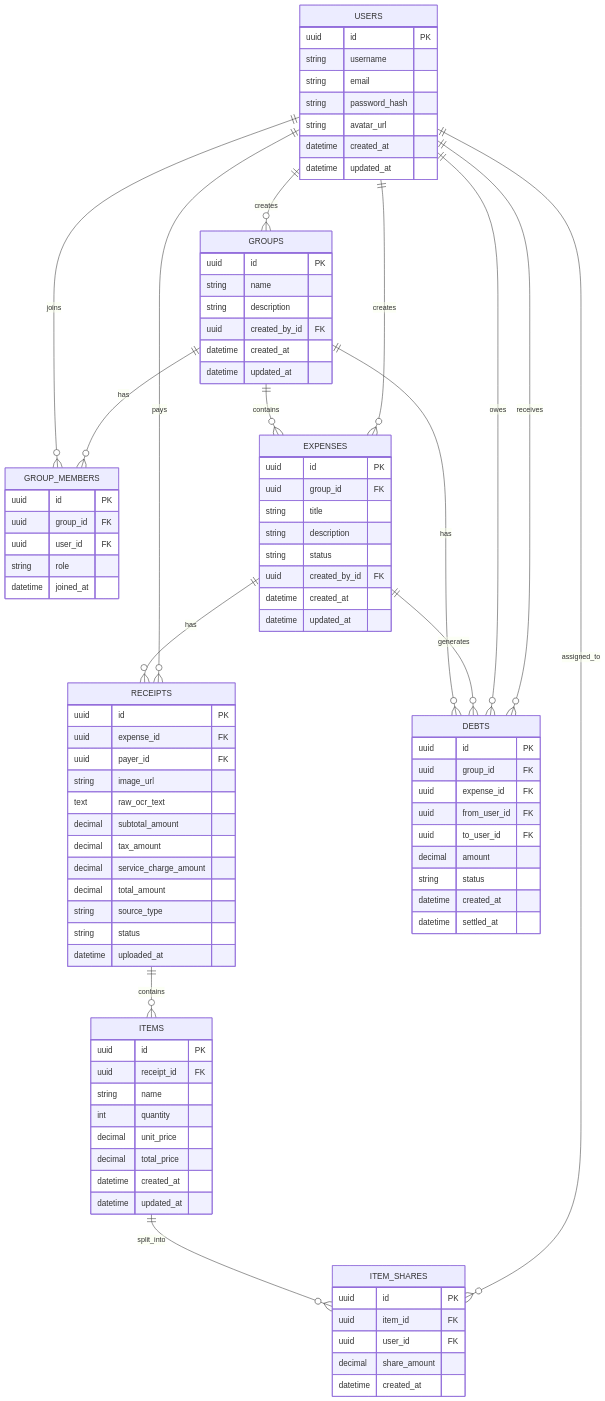
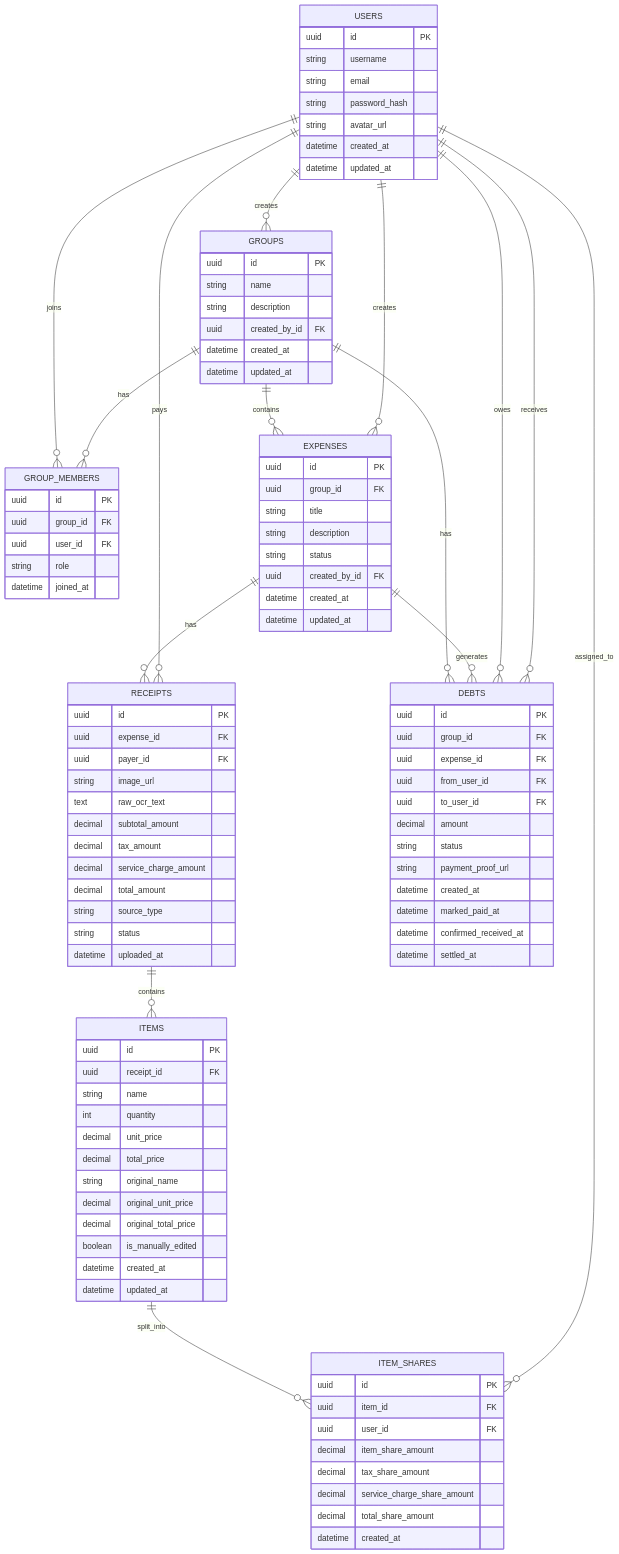
The diagram in docs/database_erd.md (Arand0mjos3f/dfs-orbital-2026), drawn with Mermaid before and after one commit. The commit also changed other lines of this file, not shown here.

Commit message:
docs: add initial database ERD draft 2.0

````diff
--- a/docs/database_erd.md
+++ b/docs/database_erd.md
@@ -105,6 +105,10 @@
         int quantity
         decimal unit_price
         decimal total_price
+        string original_name
+        decimal original_unit_price
+        decimal original_total_price
+        boolean is_manually_edited
         datetime created_at
         datetime updated_at
     }
@@ -113,7 +117,10 @@
         uuid id PK
         uuid item_id FK
         uuid user_id FK
-        decimal share_amount
+        decimal item_share_amount
+        decimal tax_share_amount
+        decimal service_charge_share_amount
+        decimal total_share_amount
         datetime created_at
     }
 
@@ -125,7 +132,10 @@
         uuid to_user_id FK
         decimal amount
         string status
+        string payment_proof_url
         datetime created_at
+        datetime marked_paid_at
+        datetime confirmed_received_at
         datetime settled_at
     }
 ```
````
